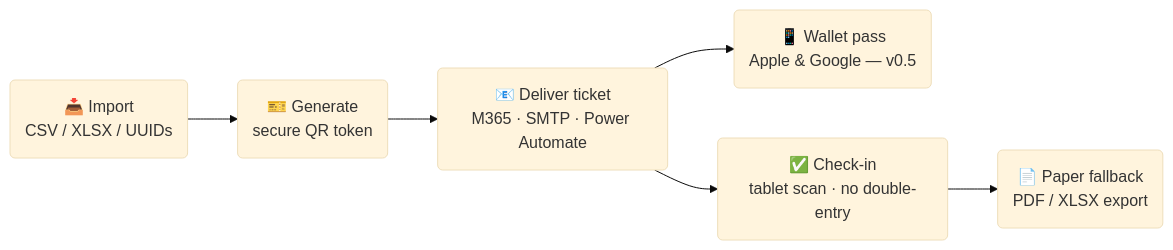
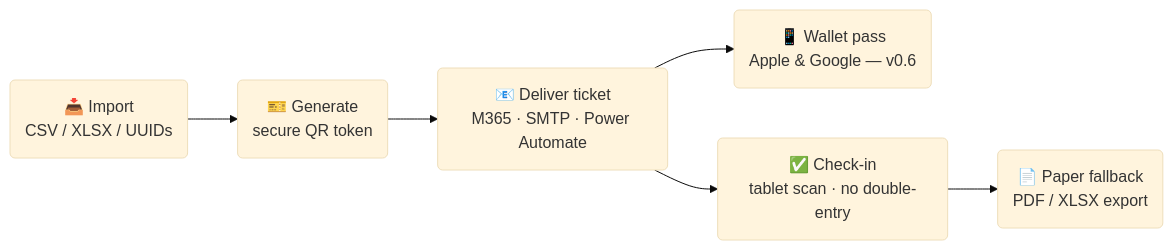
Before and after one commit to solarssk/admitto: the diagram in README.md, drawn with Mermaid (base theme). The commit also changed other lines of this file and 2 other files, not shown here.

First line of the commit message:
docs: fix stale milestone/roadmap drift in AGENTS, README, VERSIONING (#198)

````diff
--- a/README.md
+++ b/README.md
@@ -31,8 +31,8 @@
 ```mermaid
 flowchart LR
     A("📥 Import\nCSV / XLSX / UUIDs") --> B("🎫 Generate\nsecure QR token")
     B --> C("📧 Deliver ticket\nM365 · SMTP · Power Automate")
-    C --> D("📱 Wallet pass\nApple & Google — v0.5")
+    C --> D("📱 Wallet pass\nApple & Google — v0.6")
     C --> E("✅ Check-in\ntablet scan · no double-entry")
     E --> F("📄 Paper fallback\nPDF / XLSX export")
 ```
````
